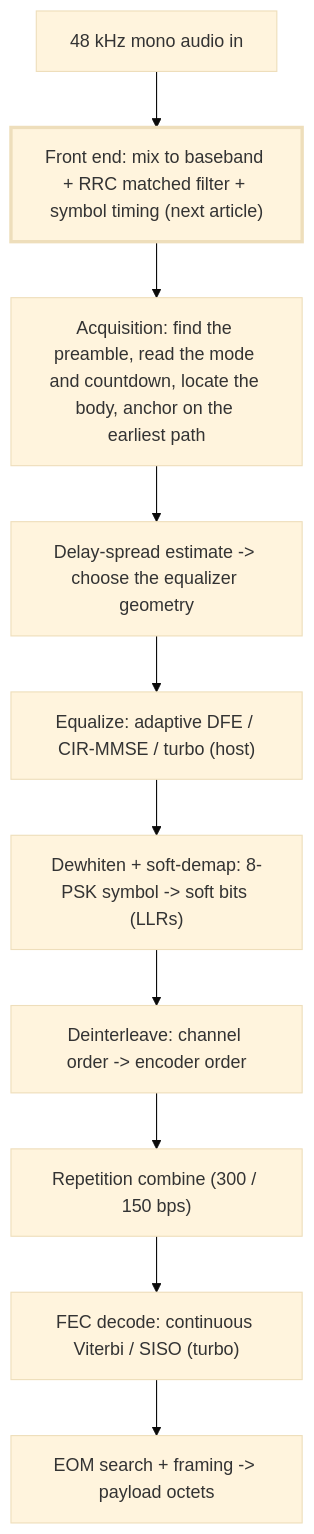
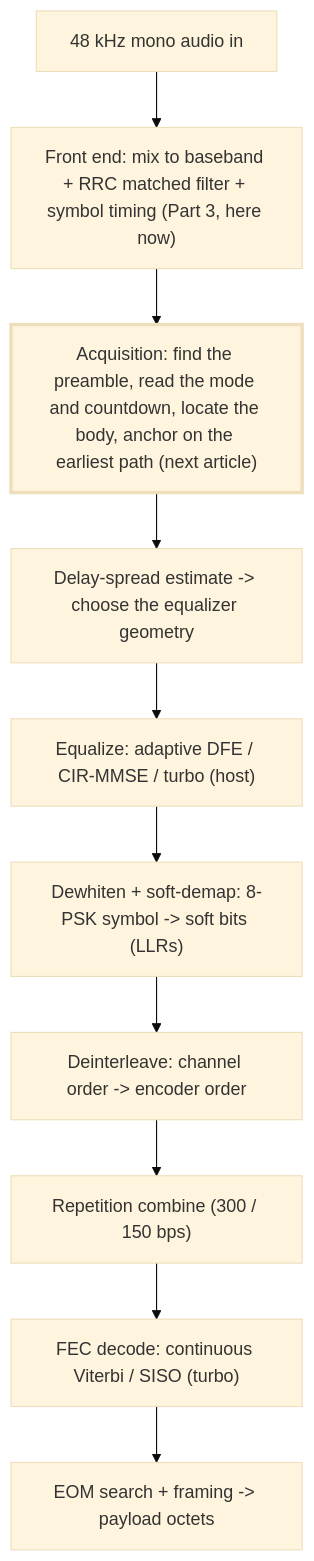
One commit to kg7hf/modem-core changed the second of 2 diagrams in docs/start-here.md. Above: the diagram before and after it, drawn with Mermaid (base theme). The commit also changed other lines of this file and 34 other files, not shown here.

First line of the commit message:
Part 3: the receive audio front end, its demo and the test bench (#1)

````diff
--- a/docs/start-here.md
+++ b/docs/start-here.md
@@ -126,14 +142,14 @@
 ```mermaid
 flowchart TD
-  A["48 kHz mono audio in"] --> B["Front end: mix to baseband + RRC matched filter + symbol timing (next article)"]
-  B --> C["Acquisition: find the preamble, read the mode and countdown, locate the body, anchor on the earliest path"]
+  A["48 kHz mono audio in"] --> B["Front end: mix to baseband + RRC matched filter + symbol timing (Part 3, here now)"]
+  B --> C["Acquisition: find the preamble, read the mode and countdown, locate the body, anchor on the earliest path (next article)"]
   C --> D["Delay-spread estimate -> choose the equalizer geometry"]
   D --> E["Equalize: adaptive DFE / CIR-MMSE / turbo (host)"]
   E --> F["Dewhiten + soft-demap: 8-PSK symbol -> soft bits (LLRs)"]
   F --> G["Deinterleave: channel order -> encoder order"]
   G --> H["Repetition combine (300 / 150 bps)"]
   H --> I["FEC decode: continuous Viterbi / SISO (turbo)"]
   I --> J["EOM search + framing -> payload octets"]
   classDef next stroke-width:3px;
-  class B next;
+  class C next;
 ```
````
